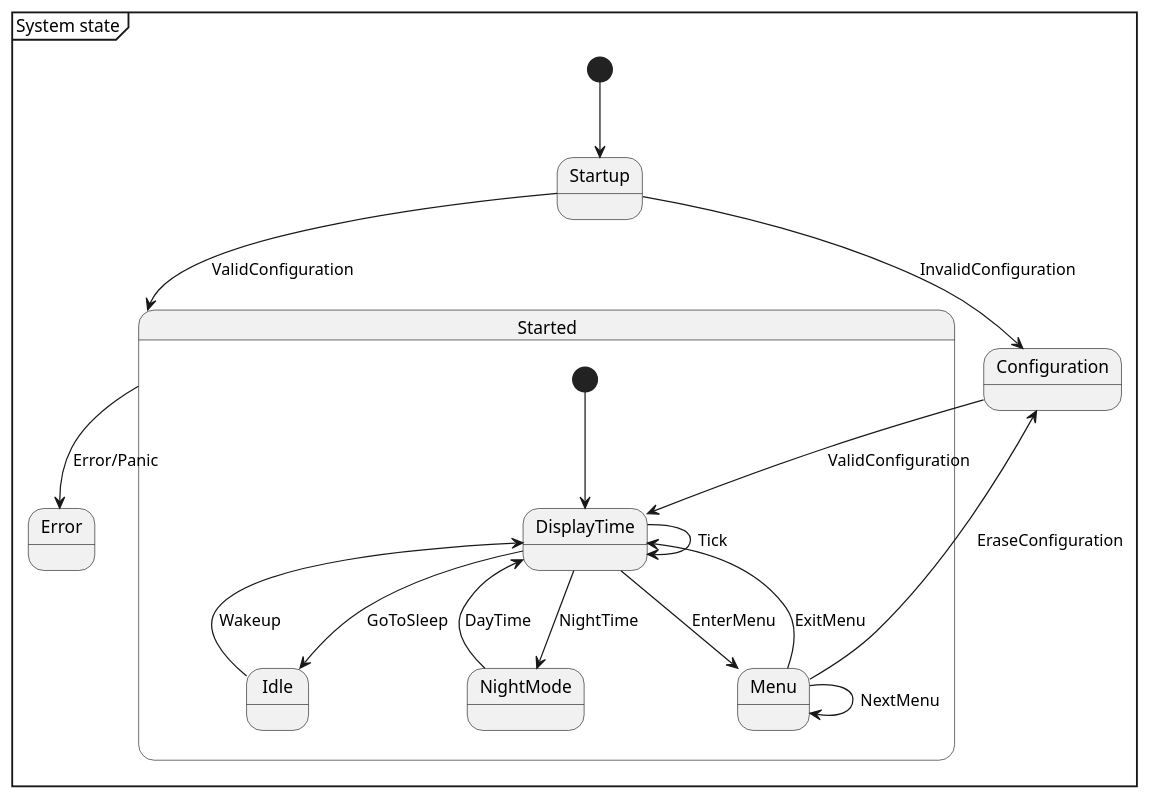
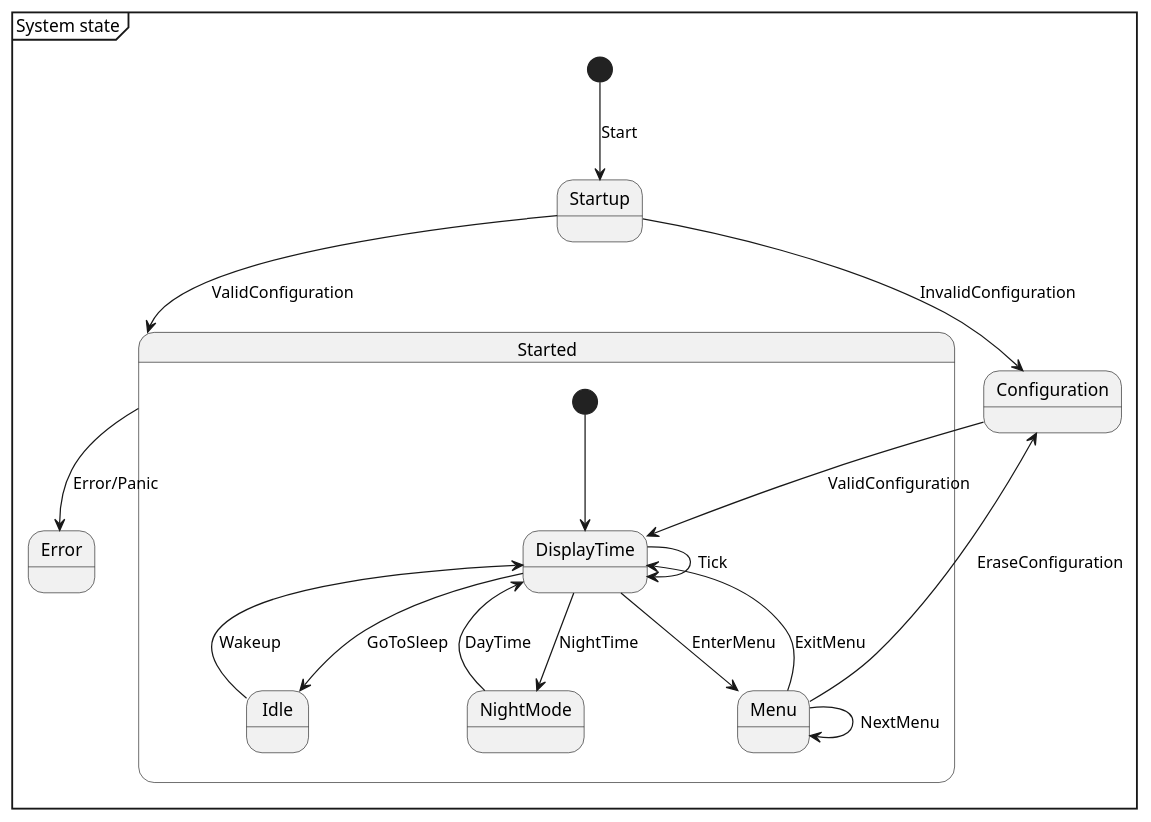
One commit to lmayencourt/wordclock changed the diagram in doc/uml/1_problem_description/use_case/system_state.puml. Above: the diagram before and after it, drawn with PlantUML. The commit also changed 4 other files, not shown here.

```diff
--- a/doc/uml/1_problem_description/use_case/system_state.puml
+++ b/doc/uml/1_problem_description/use_case/system_state.puml
@@ -1,40 +1,40 @@
 @startuml
 
 mainframe System state
 
 state Startup
 state Configuration
 state Started {
     state DisplayTime
     state NightMode
     state Menu
     state Idle
 }
 state Error
 
-[*] --> Startup
+[*] --> Startup: Start
 
 Startup --> Configuration: InvalidConfiguration
 Startup --> Started: ValidConfiguration
 
 state Started {
     Configuration --> DisplayTime: ValidConfiguration
 
     [*] --> DisplayTime
     DisplayTime --> Menu: EnterMenu
     Menu --> Menu: NextMenu
     Menu --> DisplayTime: ExitMenu
     Menu -up-> Configuration: EraseConfiguration
 
     DisplayTime --> Idle: GoToSleep
     DisplayTime <-- Idle: Wakeup
     DisplayTime -> DisplayTime: Tick
 
     DisplayTime --> NightMode: NightTime
     DisplayTime <-- NightMode: DayTime
 }
 
 Started --> Error: Error/Panic
 ' Configuration --> Error: Error/Panic
 
 @enduml
```
